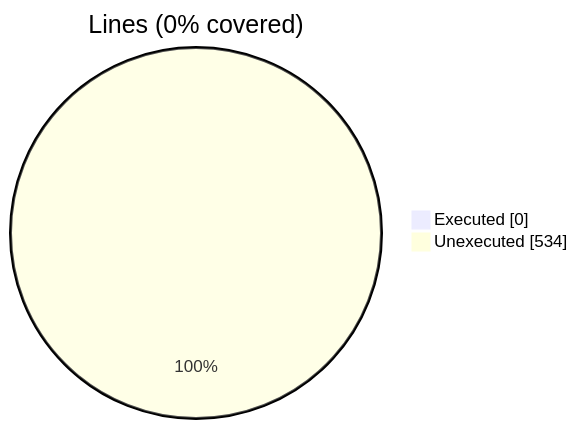
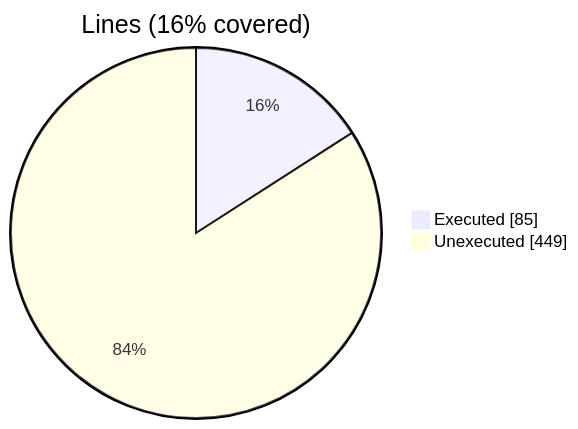
The first of 2 diagrams in docs/guide/vtk_fortran_vtk_file_xml_writer_ascii_local.f90.gcov.md (szaghi/VTKFortran), drawn with Mermaid before and after one commit. The commit also changed other lines of this file and 9 other files, not shown here.

````diff
--- a/docs/guide/vtk_fortran_vtk_file_xml_writer_ascii_local.f90.gcov.md
+++ b/docs/guide/vtk_fortran_vtk_file_xml_writer_ascii_local.f90.gcov.md
@@ -10,6 +10,6 @@
 ```mermaid
 pie showData
-    title Lines (0% covered)
-    "Executed" : 0
-    "Unexecuted" : 534
+    title Lines (16% covered)
+    "Executed" : 85
+    "Unexecuted" : 449
 ```
````
